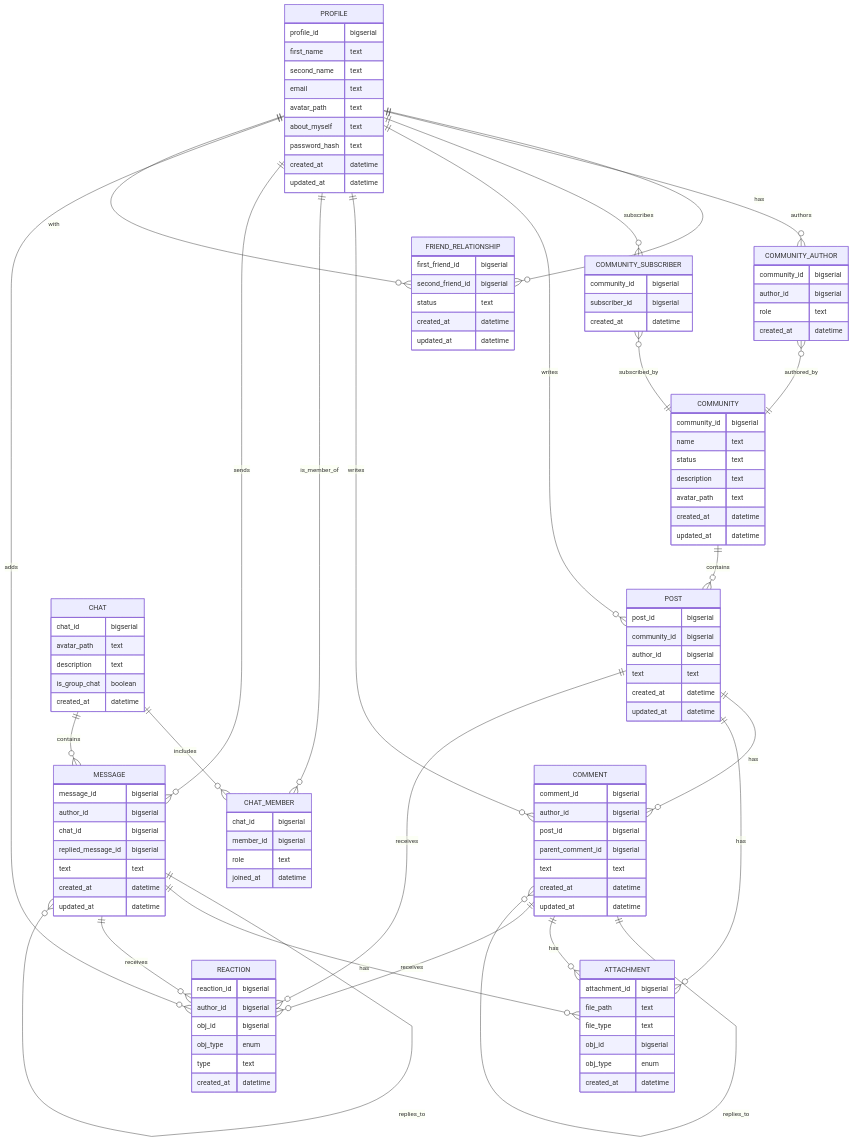
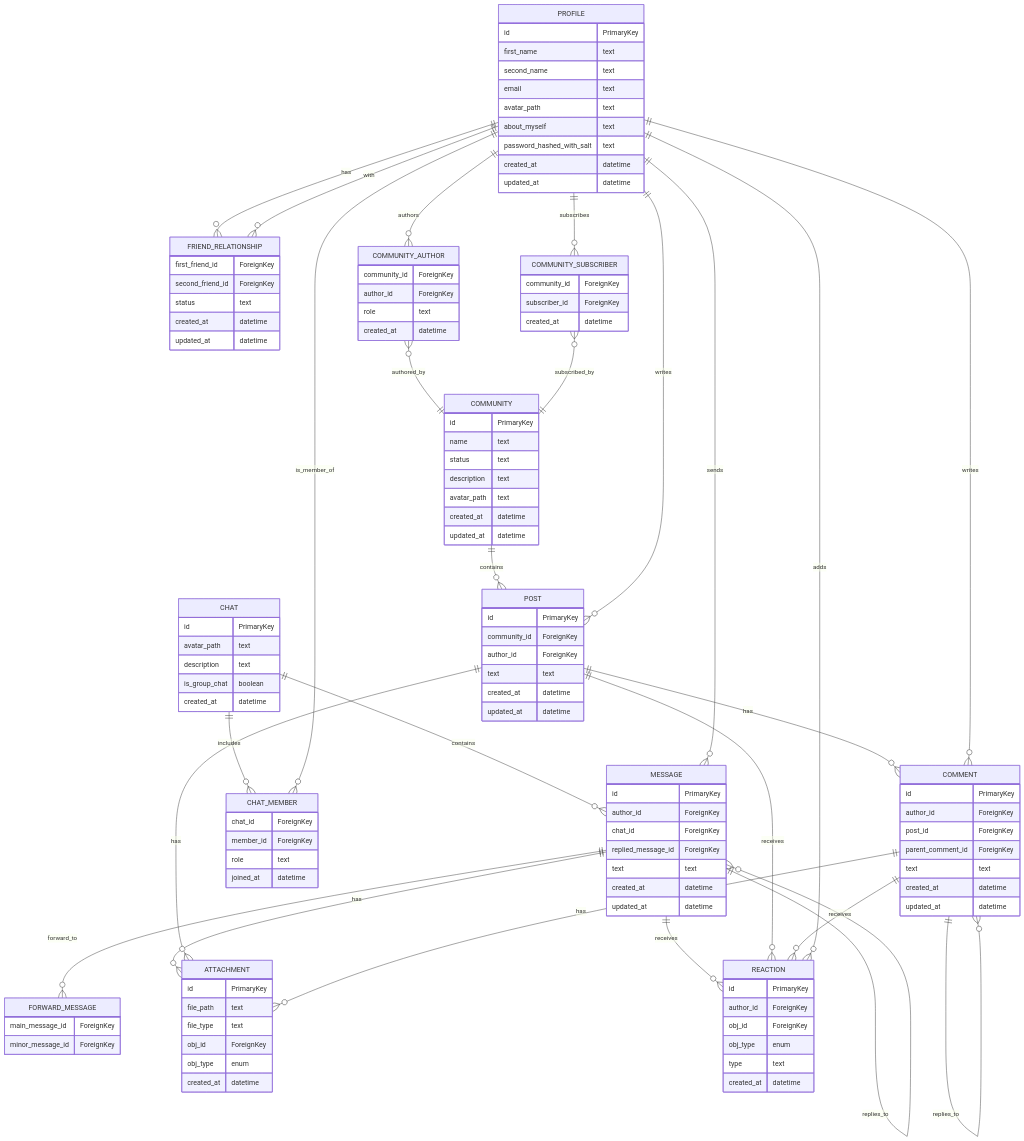
The diagram in ER_Diagram.md (go-park-mail-ru/2025_2_SLPS_Team), drawn with Mermaid before and after one commit. The commit also changed other lines of this file, not shown here.

Commit message:
Add PrimaryKey and ForeignKey

```diff
--- a/ER_Diagram.md
+++ b/ER_Diagram.md
@@ -5,27 +5,27 @@
 
 erDiagram
     PROFILE {
-        profile_id bigserial
+        id PrimaryKey
         first_name text
         second_name text
         email text
         avatar_path text
         about_myself text
-        password_hash text
+        password_hashed_with_salt text
         created_at datetime
         updated_at datetime
     }
 
     FRIEND_RELATIONSHIP {
-        first_friend_id bigserial
-        second_friend_id bigserial
+        first_friend_id ForeignKey
+        second_friend_id ForeignKey
         status text
         created_at datetime
         updated_at datetime
     }
 
     COMMUNITY {
-        community_id bigserial
+        id PrimaryKey
         name text
         status text
         description text
@@ -35,39 +35,39 @@
     }
 
     COMMUNITY_AUTHOR {
-        community_id bigserial
-        author_id bigserial
+        community_id ForeignKey
+        author_id ForeignKey
         role text
         created_at datetime
     }
 
     COMMUNITY_SUBSCRIBER {
-        community_id bigserial
-        subscriber_id bigserial
+        community_id ForeignKey
+        subscriber_id ForeignKey
         created_at datetime
     }
 
-    POST {
-        post_id bigserial
-        community_id bigserial
-        author_id bigserial
+    POST { 
+        id PrimaryKey
+        community_id ForeignKey
+        author_id ForeignKey
         text text
         created_at datetime
         updated_at datetime
     }
 
     COMMENT {
-        comment_id bigserial
-        author_id bigserial
-        post_id bigserial
-        parent_comment_id bigserial
+        id PrimaryKey
+        author_id ForeignKey
+        post_id ForeignKey
+        parent_comment_id ForeignKey
         text text
         created_at datetime
         updated_at datetime
     }
 
     CHAT {
-        chat_id bigserial
+        id PrimaryKey
         avatar_path text
         description text
         is_group_chat boolean
@@ -75,35 +75,40 @@
     }
 
     CHAT_MEMBER {
-        chat_id bigserial
-        member_id bigserial
+        chat_id ForeignKey
+        member_id ForeignKey
         role text
         joined_at datetime
     }
 
     MESSAGE {
-        message_id bigserial
-        author_id bigserial
-        chat_id bigserial
-        replied_message_id bigserial
+        id PrimaryKey
+        author_id ForeignKey
+        chat_id ForeignKey
+        replied_message_id ForeignKey
         text text
         created_at datetime
         updated_at datetime
     }
-
+        
+    FORWARD_MESSAGE {
+        main_message_id ForeignKey
+        minor_message_id ForeignKey
+    }
+        
     ATTACHMENT {
-        attachment_id bigserial
+        id PrimaryKey
         file_path text
         file_type text
-        obj_id bigserial
+        obj_id ForeignKey
         obj_type enum
         created_at datetime
     }
 
     REACTION {
-        reaction_id bigserial
-        author_id bigserial
-        obj_id bigserial
+        id PrimaryKey
+        author_id ForeignKey
+        obj_id ForeignKey
         obj_type enum
         type text
         created_at datetime
@@ -131,6 +136,8 @@
     CHAT ||--o{ MESSAGE : "contains"
     PROFILE ||--o{ MESSAGE : "sends"
     MESSAGE ||--o{ MESSAGE : "replies_to"
+    
+    MESSAGE ||--o{ FORWARD_MESSAGE: "forward_to"
 
     MESSAGE ||--o{ ATTACHMENT : "has"
     POST ||--o{ ATTACHMENT : "has"
```
